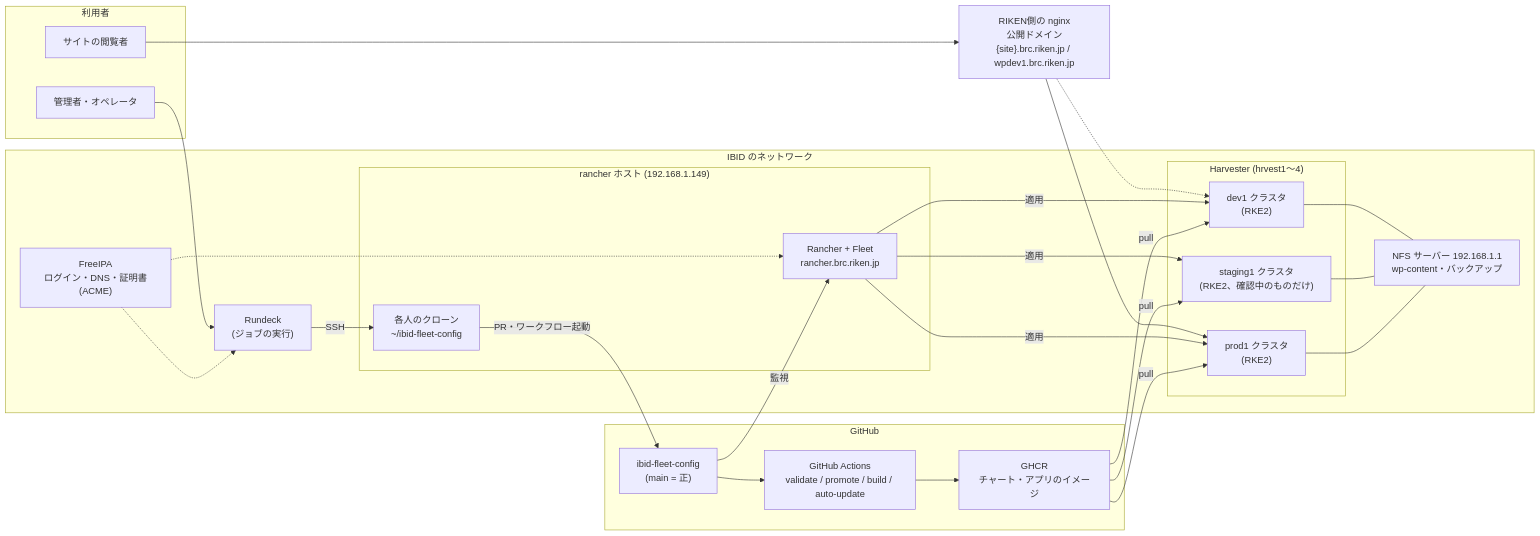
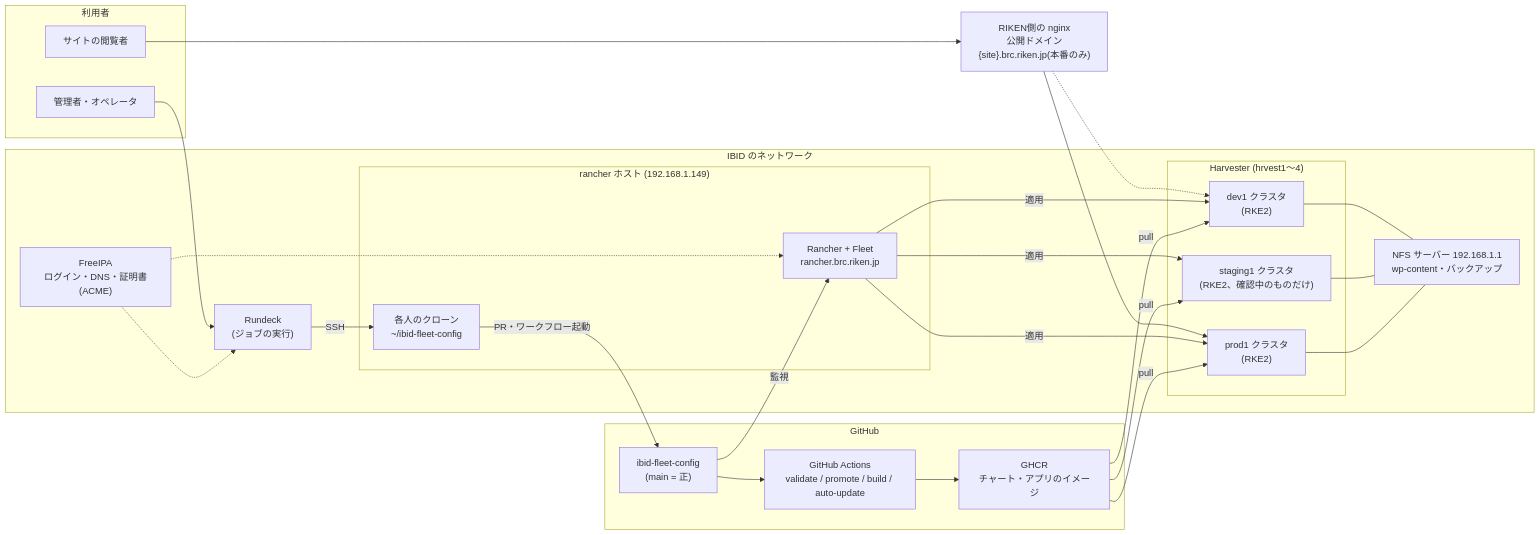
One commit to silver198545/ibid-fleet-config changed the first of 10 diagrams in docs/architecture.md. Above: the diagram before and after it, drawn with Mermaid. The commit also changed 42 other files, not shown here.

First line of the commit message:
feat: devのWordPressの公開URLをwpdev1.brc.riken.jpから内部名へ切り替える

````diff
--- a/docs/architecture.md
+++ b/docs/architecture.md
@@ -20,47 +20,47 @@
 ```mermaid
 flowchart LR
   subgraph Internet["利用者"]
     V["サイトの閲覧者"]
     OP["管理者・オペレータ"]
   end
-  NGINX["RIKEN側の nginx<br>公開ドメイン<br>{site}.brc.riken.jp / wpdev1.brc.riken.jp"]
+  NGINX["RIKEN側の nginx<br>公開ドメイン<br>{site}.brc.riken.jp(本番のみ)"]
 
   subgraph GH["GitHub"]
     REPO["ibid-fleet-config<br>(main = 正)"]
     ACT["GitHub Actions<br>validate / promote / build / auto-update"]
     GHCR["GHCR<br>チャート・アプリのイメージ"]
   end
 
   subgraph LAN["IBID のネットワーク"]
     RUNDECK["Rundeck<br>(ジョブの実行)"]
     subgraph RANCHERHOST["rancher ホスト (192.168.1.149)"]
       RANCHER["Rancher + Fleet<br>rancher.brc.riken.jp"]
       CLONE["各人のクローン<br>~/ibid-fleet-config"]
     end
     subgraph HV["Harvester (hrvest1〜4)"]
       DEV["dev1 クラスタ<br>(RKE2)"]
       STG["staging1 クラスタ<br>(RKE2、確認中のものだけ)"]
       PROD["prod1 クラスタ<br>(RKE2)"]
     end
     NFS["NFS サーバー 192.168.1.1<br>wp-content・バックアップ"]
     IPA["FreeIPA<br>ログイン・DNS・証明書(ACME)"]
   end
 
   V --> NGINX --> PROD
   NGINX -.-> DEV
   OP --> RUNDECK -->|SSH| CLONE
   CLONE -->|PR・ワークフロー起動| REPO
   REPO --> ACT --> GHCR
   REPO -->|監視| RANCHER
   RANCHER -->|適用| DEV
   RANCHER -->|適用| STG
   RANCHER -->|適用| PROD
   DEV --- NFS
   STG --- NFS
   PROD --- NFS
   GHCR -->|pull| DEV
   GHCR -->|pull| STG
   GHCR -->|pull| PROD
   IPA -.-> RANCHER
   IPA -.-> RUNDECK
 ```
````
